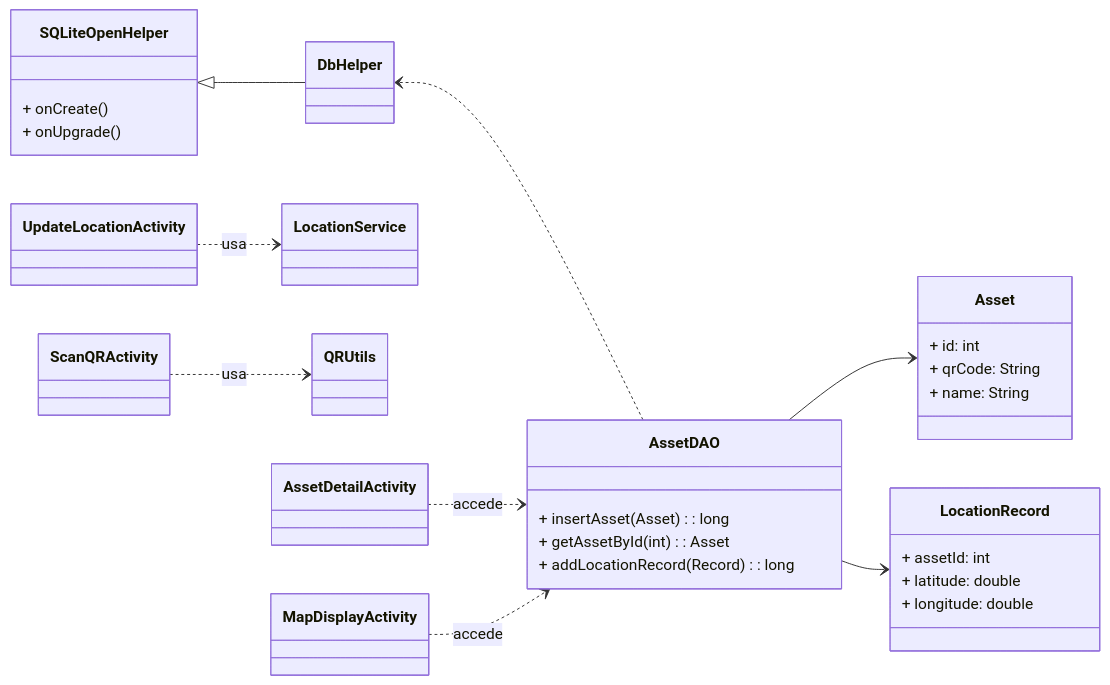
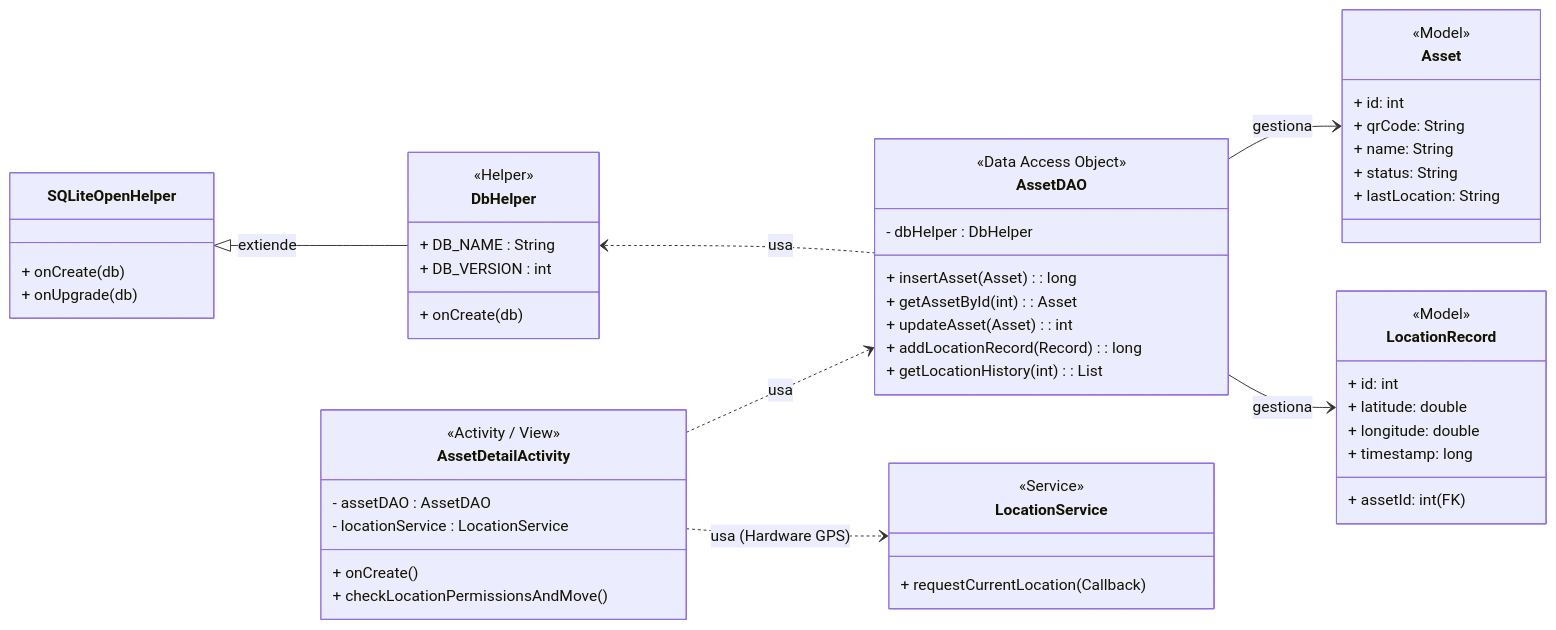
The first of 3 diagrams in README.md (BenjaminPizarro/AppdeGestiondeQR), drawn with Mermaid before and after one commit. The commit also changed other lines of this file, not shown here.

````diff
--- a/README.md
+++ b/README.md
@@ -68,34 +24,63 @@
 ```mermaid
 classDiagram
     direction LR
+    
     class SQLiteOpenHelper {
-        + onCreate()
-        + onUpgrade()
+        + onCreate(db)
+        + onUpgrade(db)
     }
-    class DbHelper
+    class DbHelper {
+        <<Helper>>
+        + DB_NAME : String
+        + DB_VERSION : int
+        + onCreate(db)
+    }
+    
     class AssetDAO {
+        <<Data Access Object>>
+        - dbHelper : DbHelper
         + insertAsset(Asset): long
         + getAssetById(int): Asset
+        + updateAsset(Asset): int
         + addLocationRecord(Record): long
+        + getLocationHistory(int): List<Record>
     }
+    
     class Asset {
+        <<Model>>
         + id: int
         + qrCode: String
         + name: String
+        + status: String
+        + lastLocation: String
     }
+    
     class LocationRecord {
-        + assetId: int
+        <<Model>>
+        + id: int
+        + assetId: int (FK)
         + latitude: double
         + longitude: double
+        + timestamp: long
     }
-
-    SQLiteOpenHelper <|-- DbHelper
-    DbHelper <.. AssetDAO
-    AssetDAO --> Asset
-    AssetDAO --> LocationRecord
     
-    UpdateLocationActivity ..> LocationService : usa
-    ScanQRActivity ..> QRUtils : usa
-    AssetDetailActivity ..> AssetDAO : accede
-    MapDisplayActivity ..> AssetDAO : accede
+    class LocationService {
+        <<Service>>
+        + requestCurrentLocation(Callback)
+    }
+    
+    class AssetDetailActivity {
+        <<Activity / View>>
+        - assetDAO : AssetDAO
+        - locationService : LocationService
+        + onCreate()
+        + checkLocationPermissionsAndMove()
+    }
+    
+    SQLiteOpenHelper <|-- DbHelper : extiende
+    DbHelper <.. AssetDAO : usa
+    AssetDAO --> Asset : gestiona
+    AssetDAO --> LocationRecord : gestiona
+    AssetDetailActivity ..> AssetDAO : usa
+    AssetDetailActivity ..> LocationService : usa (Hardware GPS)
 ```
````
